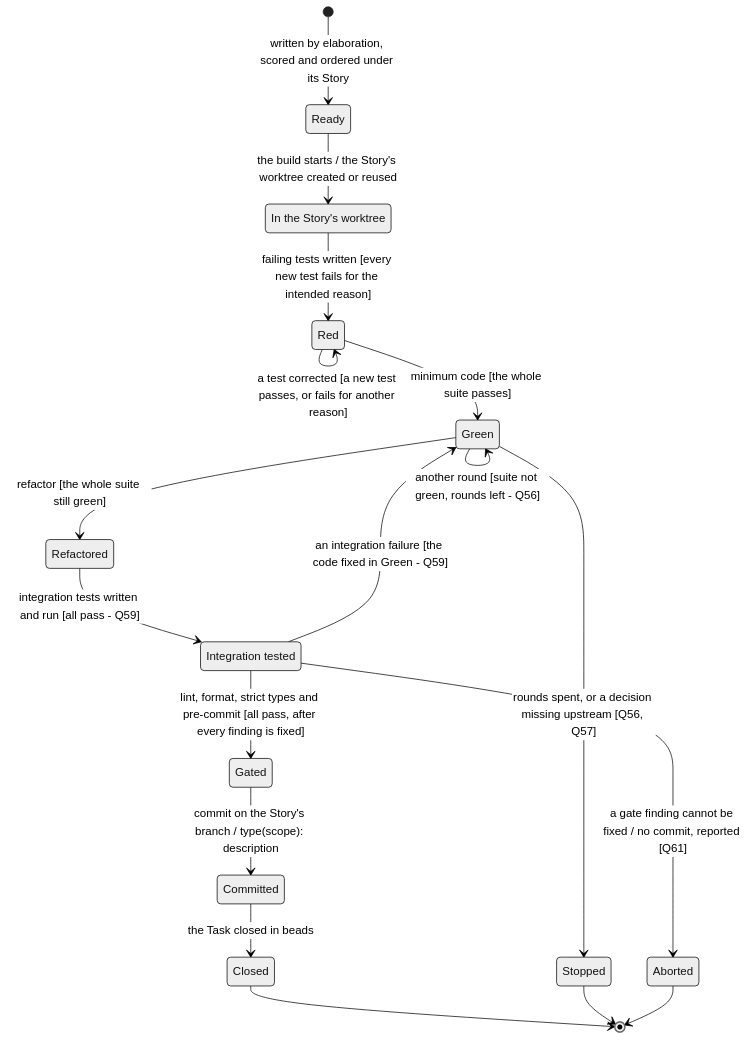
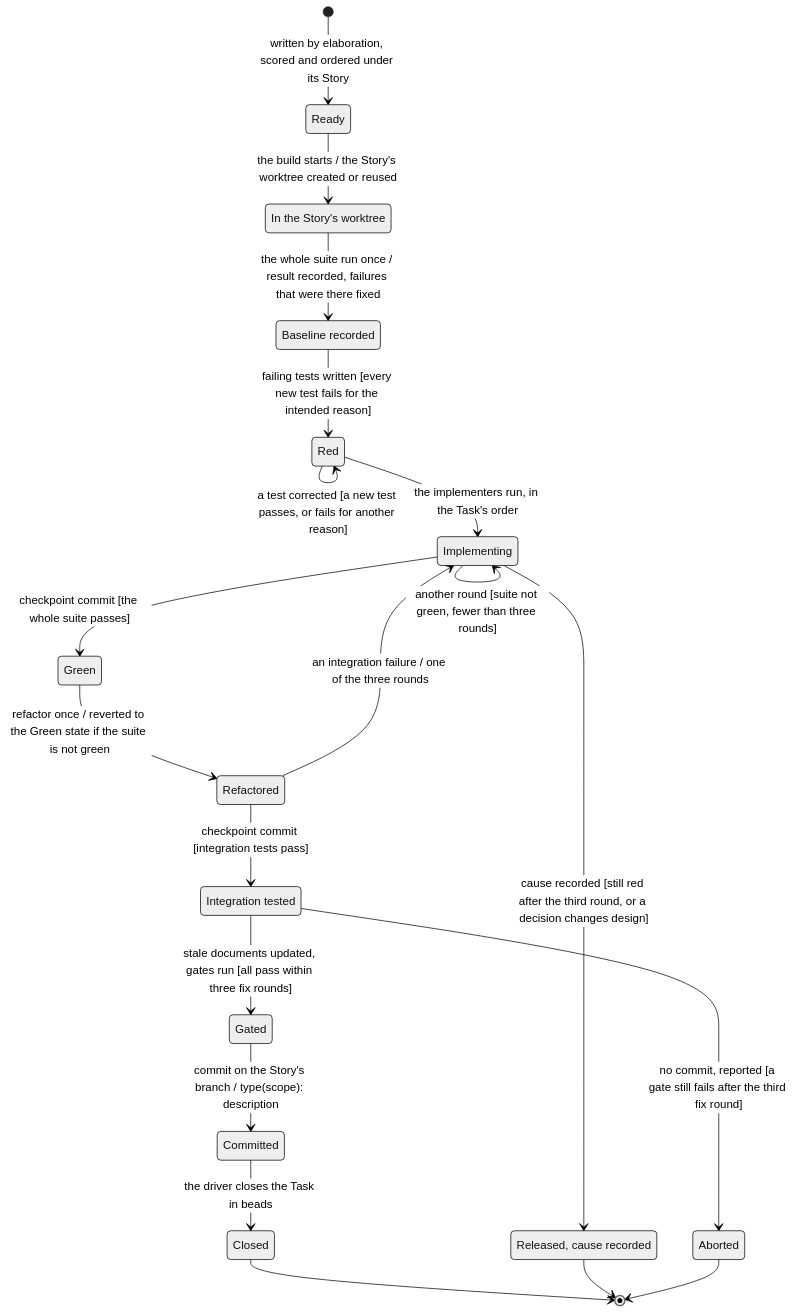
Before and after one commit to mark-satterfield/toolset: the eighth of 8 diagrams in plugins/agent-teams-workforce/blueprint/design/pipelines-build.md, drawn with Mermaid (neutral theme). The commit also changed other lines of this file, not shown here.

````diff
--- a/plugins/agent-teams-workforce/blueprint/design/pipelines-build.md
+++ b/plugins/agent-teams-workforce/blueprint/design/pipelines-build.md
@@ -536,22 +579,26 @@
 ```mermaid
 stateDiagram-v2
     [*] --> Ready : written by elaboration, scored and ordered under its Story
     Ready --> InWorktree : the build starts / the Story's worktree created or reused
-    InWorktree --> Red : failing tests written [every new test fails for the intended reason]
+    InWorktree --> Baselined : the whole suite run once / result recorded, failures that were there fixed
+    Baselined --> Red : failing tests written [every new test fails for the intended reason]
     Red --> Red : a test corrected [a new test passes, or fails for another reason]
-    Red --> Green : minimum code [the whole suite passes]
-    Green --> Green : another round [suite not green, rounds left - Q56]
-    Green --> Stopped : rounds spent, or a decision missing upstream [Q56, Q57]
-    Green --> Refactored : refactor [the whole suite still green]
-    Refactored --> IntegrationTested : integration tests written and run [all pass - Q59]
-    IntegrationTested --> Green : an integration failure [the code fixed in Green - Q59]
-    IntegrationTested --> Gated : lint, format, strict types and pre-commit [all pass, after every finding is fixed]
-    IntegrationTested --> Aborted : a gate finding cannot be fixed / no commit, reported [Q61]
+    Red --> Implementing : the implementers run, in the Task's order
+    Implementing --> Implementing : another round [suite not green, fewer than three rounds]
+    Implementing --> Released : cause recorded [still red after the third round, or a decision changes design]
+    Implementing --> Green : checkpoint commit [the whole suite passes]
+    Green --> Refactored : refactor once / reverted to the Green state if the suite is not green
+    Refactored --> Implementing : an integration failure / one of the three rounds
+    Refactored --> IntegrationTested : checkpoint commit [integration tests pass]
+    IntegrationTested --> Gated : stale documents updated, gates run [all pass within three fix rounds]
+    IntegrationTested --> Aborted : no commit, reported [a gate still fails after the third fix round]
     Gated --> Committed : commit on the Story's branch / type(scope): description
-    Committed --> Closed : the Task closed in beads
+    Committed --> Closed : the driver closes the Task in beads
     Closed --> [*]
-    Stopped --> [*]
+    Released --> [*]
     Aborted --> [*]
     state "In the Story's worktree" as InWorktree
+    state "Baseline recorded" as Baselined
     state "Integration tested" as IntegrationTested
+    state "Released, cause recorded" as Released
 ```
````
